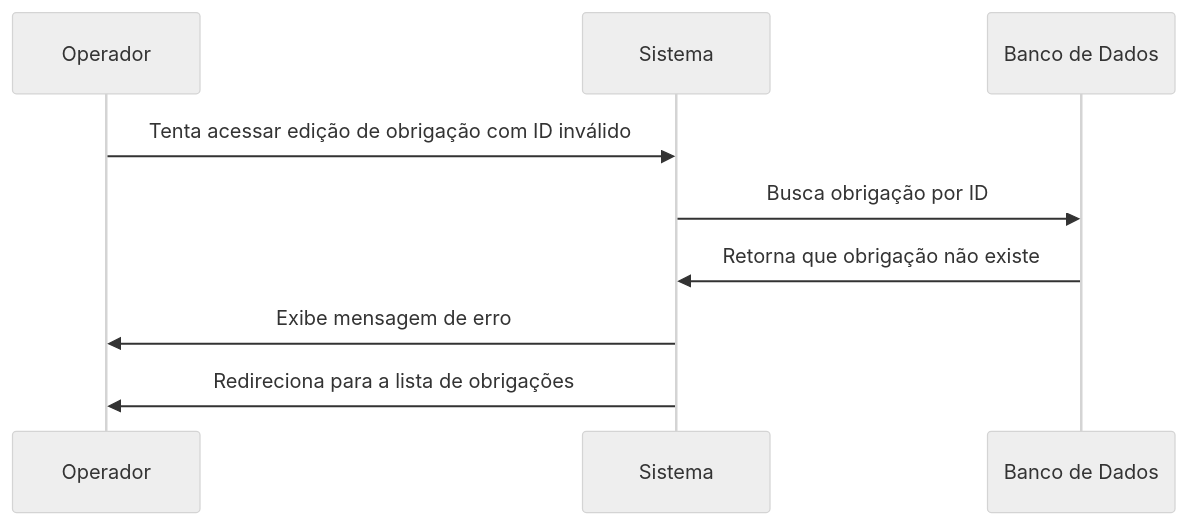
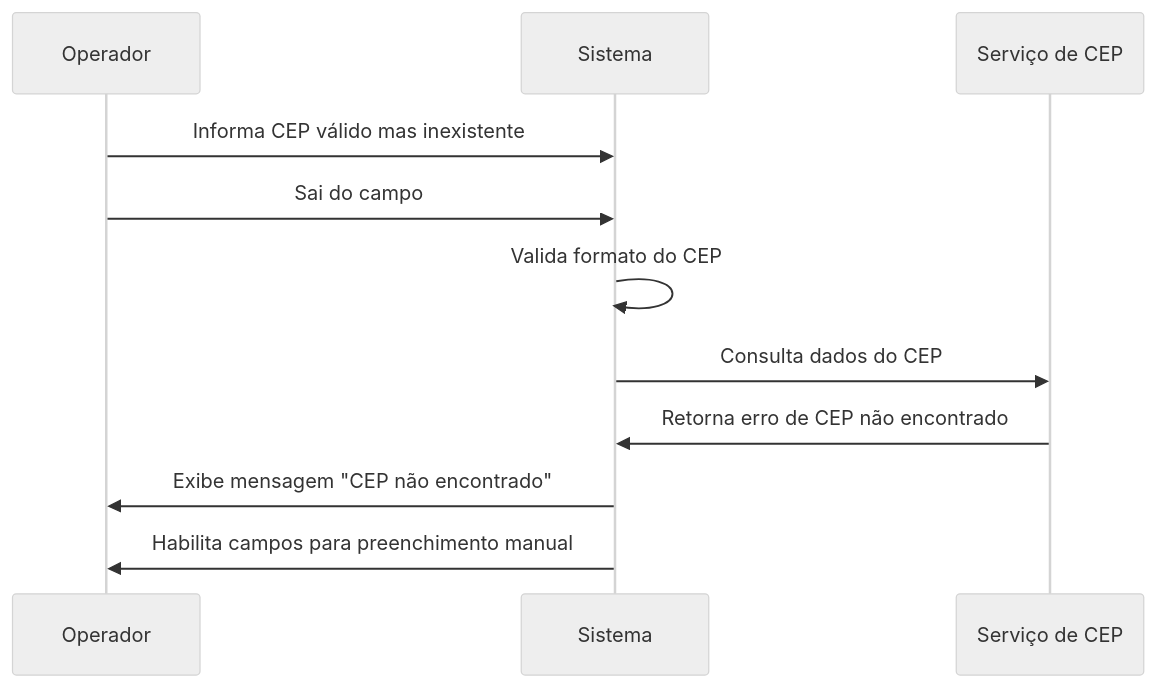
The third of 4 diagrams in Writerside/topics/RF14.md (Bomsalvez/quilombo-docs), drawn with Mermaid (neutral theme) before and after one commit. The commit also changed other lines of this file and 34 other files, not shown here.

````diff
--- a/Writerside/topics/RF14.md
+++ b/Writerside/topics/RF14.md
@@ -107,12 +77,14 @@
 ```mermaid
 sequenceDiagram
     participant O as Operador
     participant S as Sistema
-    participant DB as Banco de Dados
+    participant API as Serviço de CEP
     
-    O->>S: Tenta acessar edição de obrigação com ID inválido
-    S->>DB: Busca obrigação por ID
-    DB->>S: Retorna que obrigação não existe
-    S->>O: Exibe mensagem de erro
-    S->>O: Redireciona para a lista de obrigações
+    O->>S: Informa CEP válido mas inexistente
+    O->>S: Sai do campo 
+    S->>S: Valida formato do CEP
+    S->>API: Consulta dados do CEP
+    API->>S: Retorna erro de CEP não encontrado
+    S->>O: Exibe mensagem "CEP não encontrado"
+    S->>O: Habilita campos para preenchimento manual
 ```
````
